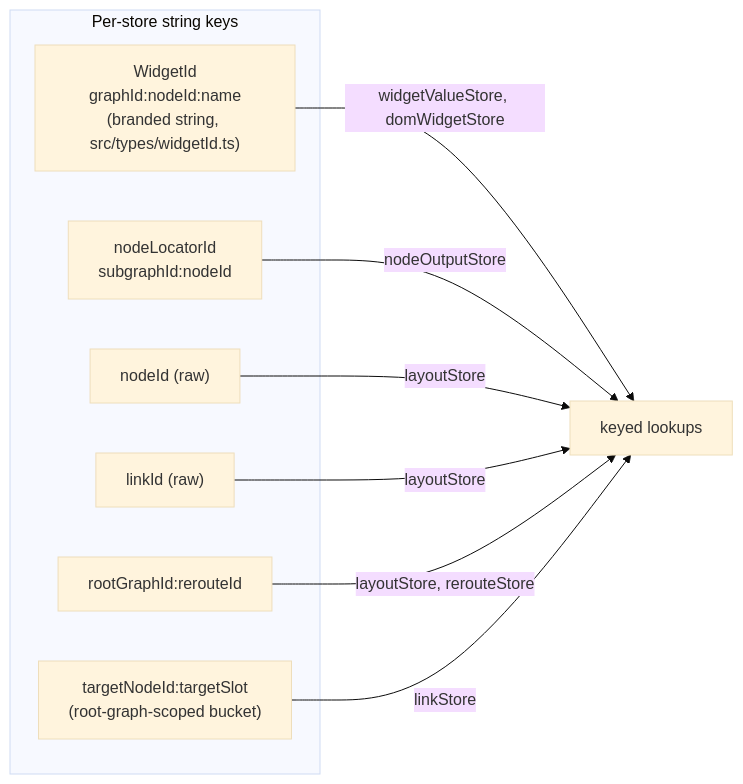
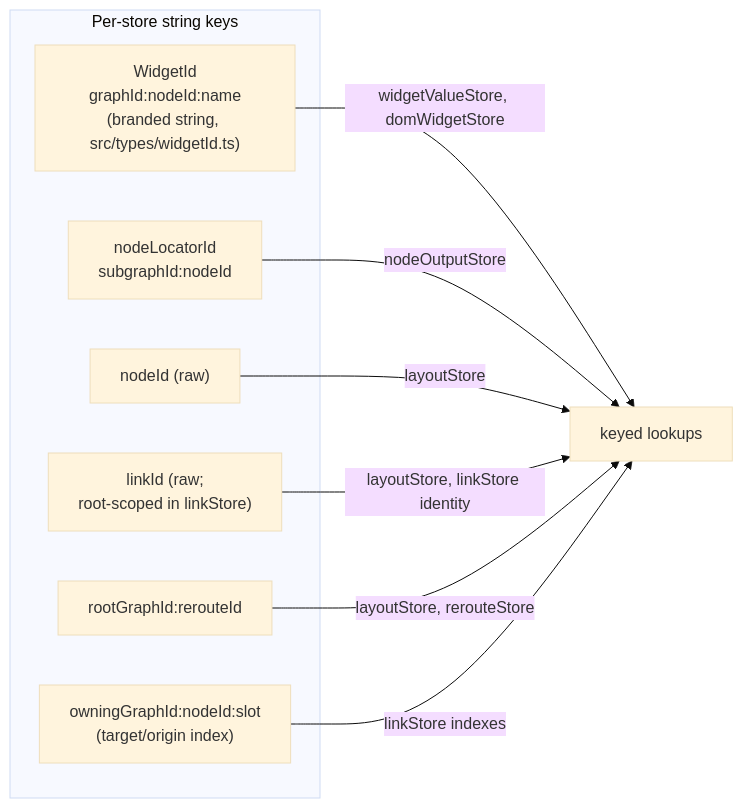
The second of 12 diagrams in docs/architecture/ecs-target-architecture.md (Comfy-Org/ComfyUI_frontend), drawn with Mermaid (base theme) before and after one commit. The commit also changed other lines of this file and 10 other files, not shown here.

````diff
--- a/docs/architecture/ecs-target-architecture.md
+++ b/docs/architecture/ecs-target-architecture.md
@@ -62,22 +62,23 @@
 ```mermaid
 graph LR
     subgraph "Per-store string keys"
         WID["WidgetId
 graphId:nodeId:name
 (branded string, src/types/widgetId.ts)"]
         NLID["nodeLocatorId
 subgraphId:nodeId"]
         NID["nodeId (raw)"]
-        LID["linkId (raw)"]
+        LID["linkId (raw;
+root-scoped in linkStore)"]
         RID["rootGraphId:rerouteId"]
-        TIS["targetNodeId:targetSlot
-(root-graph-scoped bucket)"]
+        EPI["owningGraphId:nodeId:slot
+(target/origin index)"]
     end
 
     WID -->|widgetValueStore, domWidgetStore| W["keyed lookups"]
     NLID -->|nodeOutputStore| W
     NID -->|layoutStore| W
-    LID -->|layoutStore| W
+    LID -->|layoutStore, linkStore identity| W
     RID -->|layoutStore, rerouteStore| W
-    TIS -->|linkStore| W
+    EPI -->|linkStore indexes| W
 ```
````
